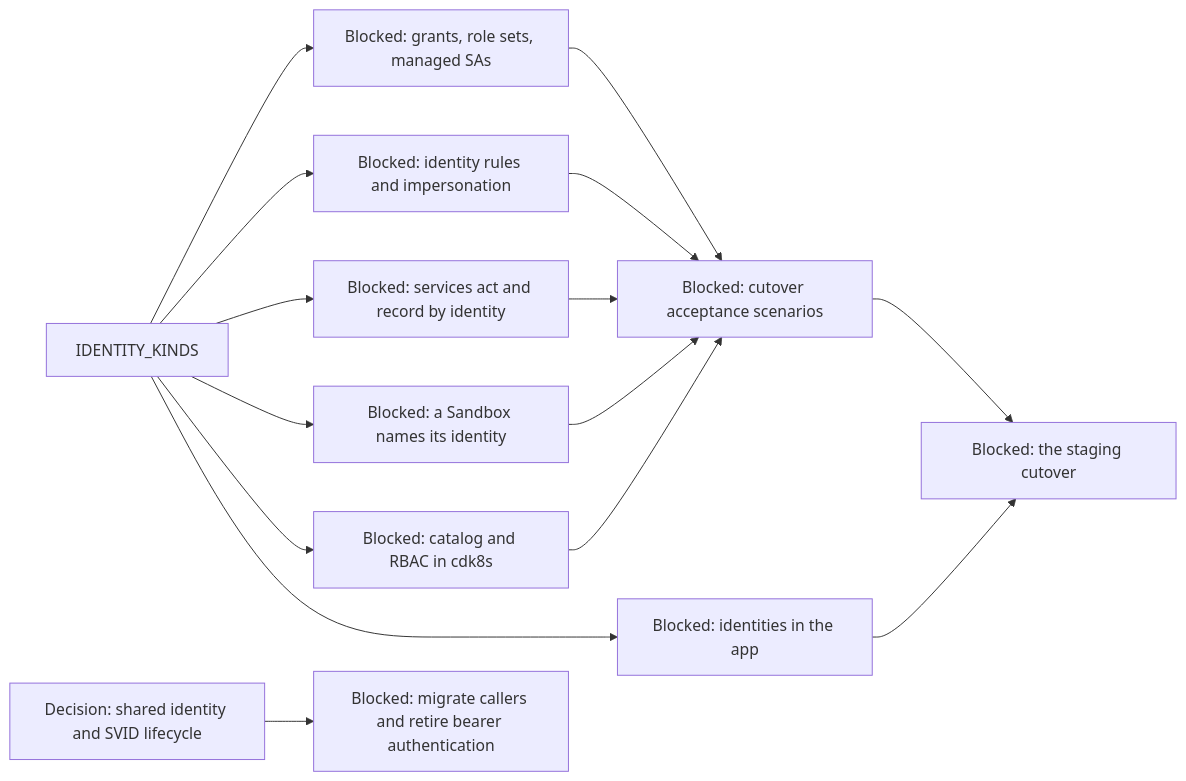
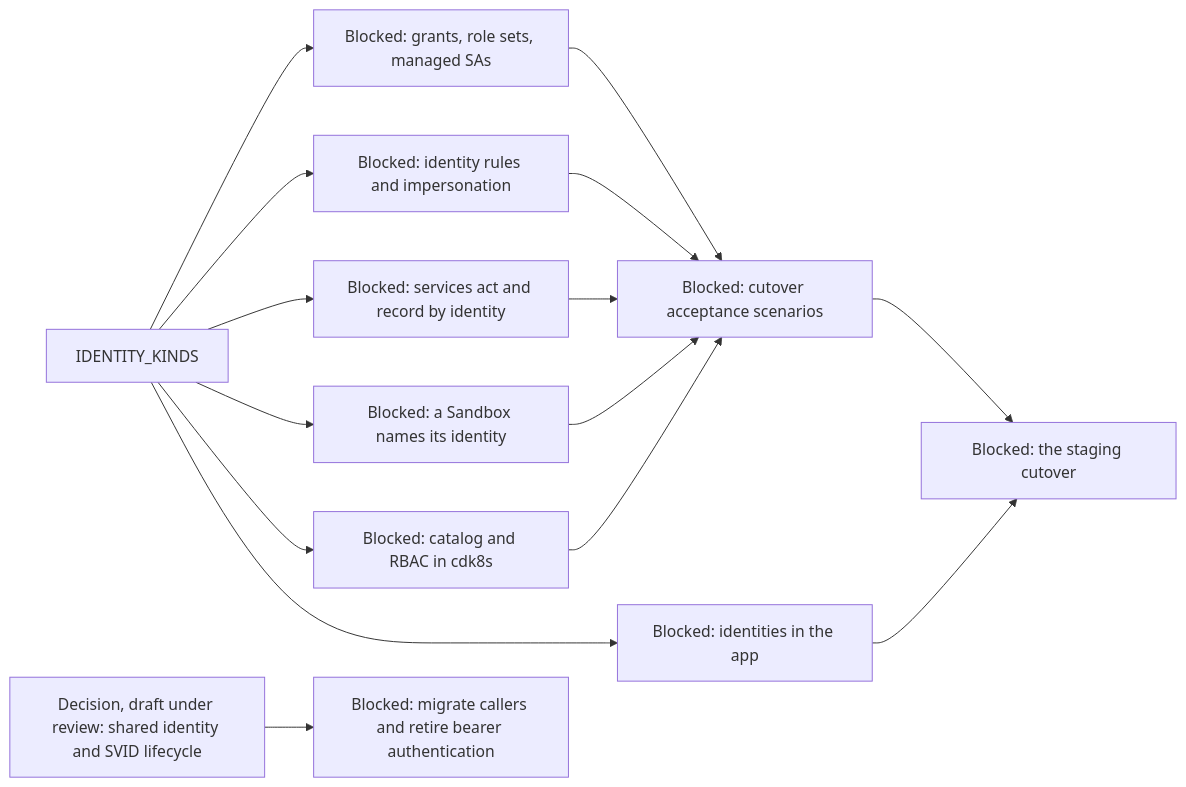
Before and after one commit to agentydragon/ducktape: diagram 17 of 19 in agentplane/plans/task_dag.md, drawn with Mermaid. The commit also changed other lines of this file and 1 other file, not shown here.

First line of the commit message:
agentplane/plans: draft the workload identity lifecycle decision

````diff
--- a/agentplane/plans/task_dag.md
+++ b/agentplane/plans/task_dag.md
@@ -3036,17 +3036,17 @@
 ```mermaid
 flowchart LR
     IDENTITY_KINDS --> POLICY_GRANTS[Blocked: grants, role sets, managed SAs]
     IDENTITY_KINDS --> EGRESS_IDENTITY_RULES[Blocked: identity rules and impersonation]
     IDENTITY_KINDS --> SERVICES_IDENTITY_PRINCIPAL[Blocked: services act and record by identity]
     IDENTITY_KINDS --> SANDBOX_IDENTITY_SPEC[Blocked: a Sandbox names its identity]
     IDENTITY_KINDS --> IDENTITY_CATALOG[Blocked: catalog and RBAC in cdk8s]
     IDENTITY_KINDS --> APP_IDENTITIES_UI[Blocked: identities in the app]
-    WORKLOAD_IDENTITY_LIFECYCLE_DESIGN[Decision: shared identity and SVID lifecycle] --> WORKLOAD_AUTH_CUTOVER[Blocked: migrate callers and retire bearer authentication]
+    WORKLOAD_IDENTITY_LIFECYCLE_DESIGN[Decision, draft under review: shared identity and SVID lifecycle] --> WORKLOAD_AUTH_CUTOVER[Blocked: migrate callers and retire bearer authentication]
     POLICY_GRANTS --> IDENTITY_SYSTEM_TESTS[Blocked: cutover acceptance scenarios]
     EGRESS_IDENTITY_RULES --> IDENTITY_SYSTEM_TESTS
     SERVICES_IDENTITY_PRINCIPAL --> IDENTITY_SYSTEM_TESTS
     SANDBOX_IDENTITY_SPEC --> IDENTITY_SYSTEM_TESTS
     IDENTITY_CATALOG --> IDENTITY_SYSTEM_TESTS
     IDENTITY_SYSTEM_TESTS --> IDENTITY_CUTOVER[Blocked: the staging cutover]
     APP_IDENTITIES_UI --> IDENTITY_CUTOVER
 ```
````
